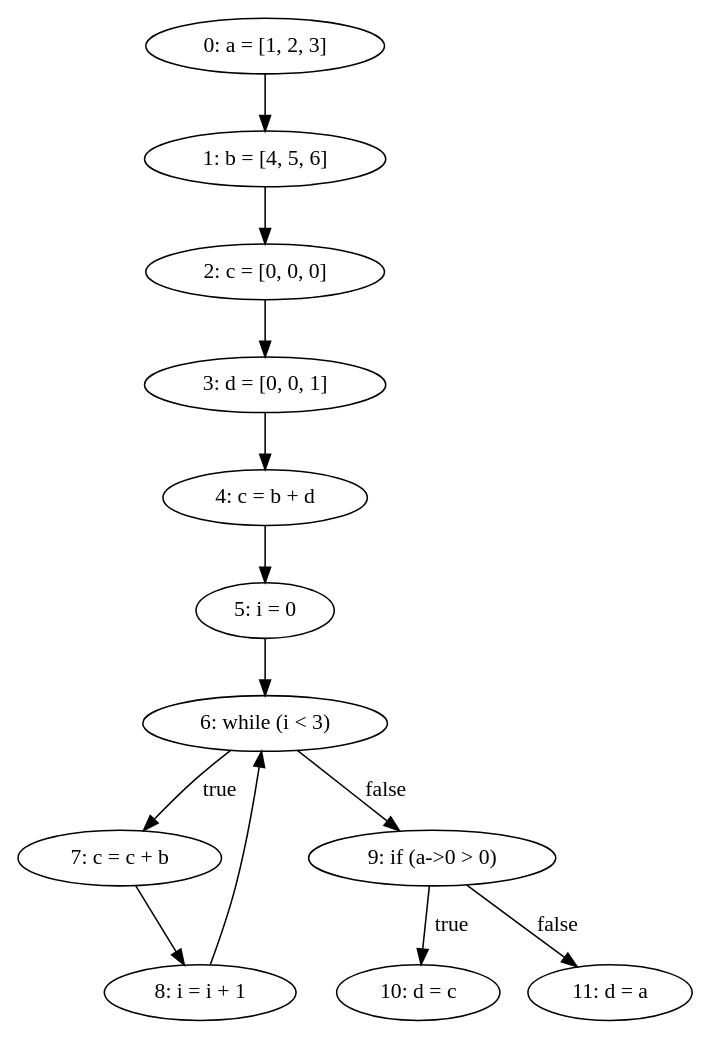
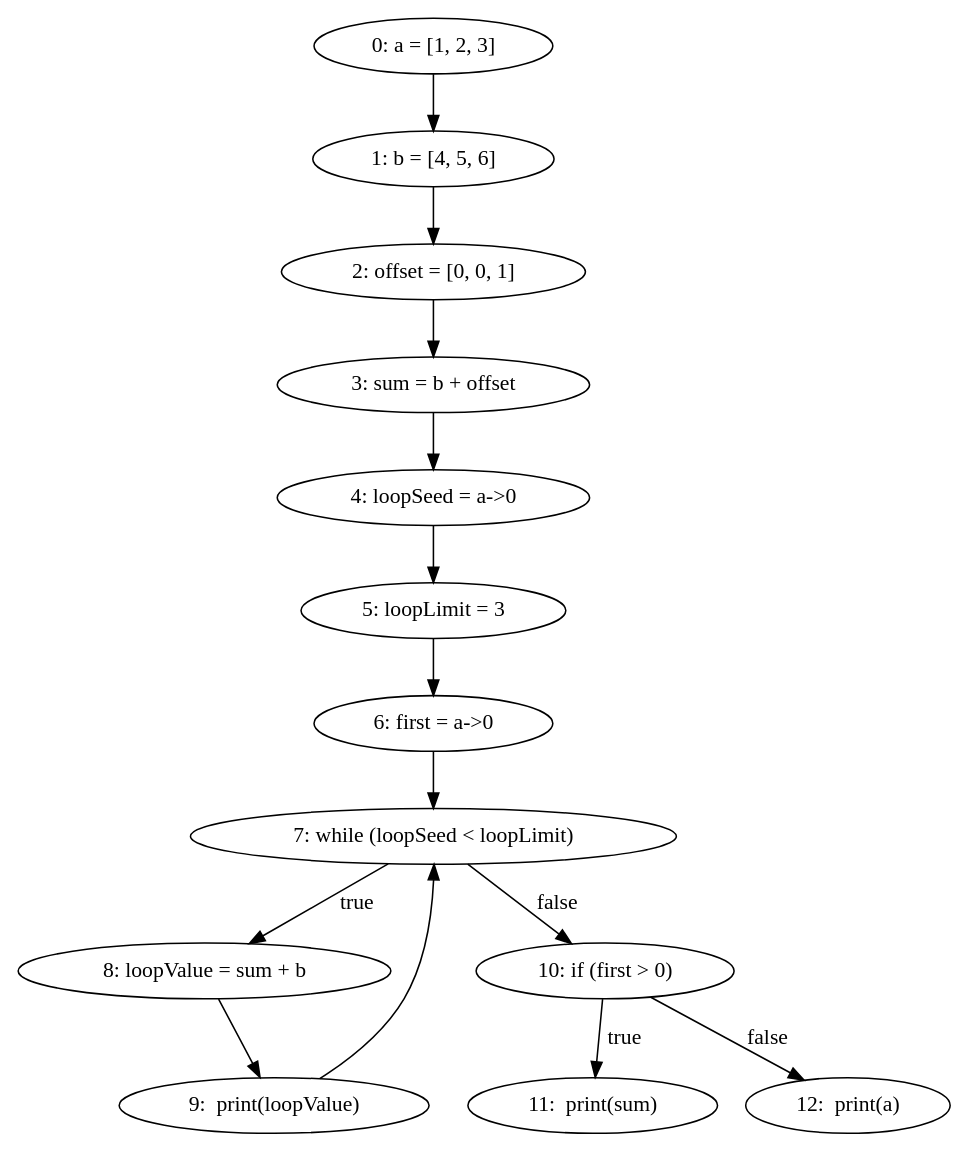
One commit to jpksh90/VecDSL changed the diagram in demo/demo2.dot. Above: the diagram before and after it, drawn with Graphviz. The commit also changed 12 other files, not shown here.

```diff
--- a/demo/demo2.dot
+++ b/demo/demo2.dot
@@ -1,26 +1,28 @@
 digraph CFG {
   0 [label="0: a = [1, 2, 3]"];
   0 -> 1;
   1 [label="1: b = [4, 5, 6]"];
   1 -> 2;
-  2 [label="2: c = [0, 0, 0]"];
+  2 [label="2: offset = [0, 0, 1]"];
   2 -> 3;
-  3 [label="3: d = [0, 0, 1]"];
+  3 [label="3: sum = b + offset"];
   3 -> 4;
-  4 [label="4: c = b + d"];
+  4 [label="4: loopSeed = a->0"];
   4 -> 5;
-  5 [label="5: i = 0"];
+  5 [label="5: loopLimit = 3"];
   5 -> 6;
-  6 [label="6: while (i < 3)"];
-  6 -> 7 [label="true"];
-  6 -> 9 [label="false"];
-  7 [label="7: c = c + b"];
-  7 -> 8;
-  8 [label="8: i = i + 1"];
-  8 -> 6;
-  9 [label="9: if (a->0 > 0)"];
-  9 -> 10 [label="true"];
-  9 -> 11 [label="false"];
-  10 [label="10: d = c"];
-  11 [label="11: d = a"];
+  6 [label="6: first = a->0"];
+  6 -> 7;
+  7 [label="7: while (loopSeed < loopLimit)"];
+  7 -> 8 [label="true"];
+  7 -> 10 [label="false"];
+  8 [label="8: loopValue = sum + b"];
+  8 -> 9;
+  9 [label="9:  print(loopValue)"];
+  9 -> 7;
+  10 [label="10: if (first > 0)"];
+  10 -> 11 [label="true"];
+  10 -> 12 [label="false"];
+  11 [label="11:  print(sum)"];
+  12 [label="12:  print(a)"];
 }
```
